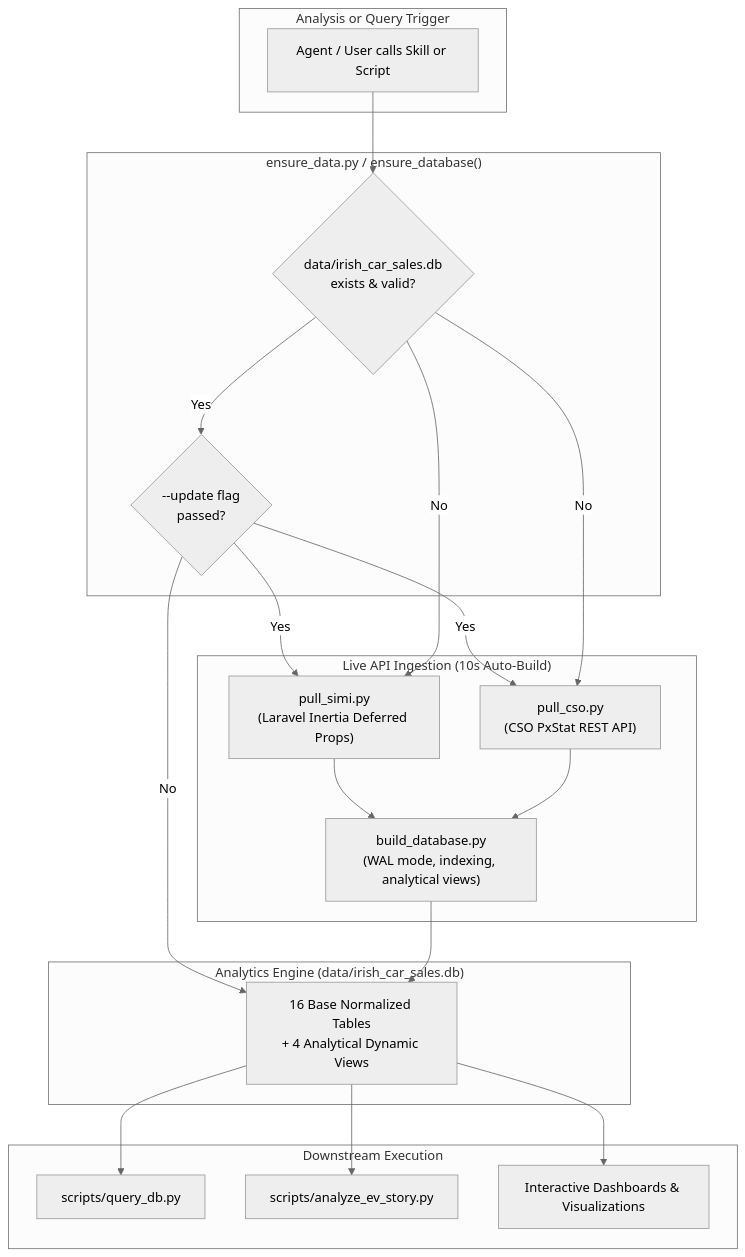
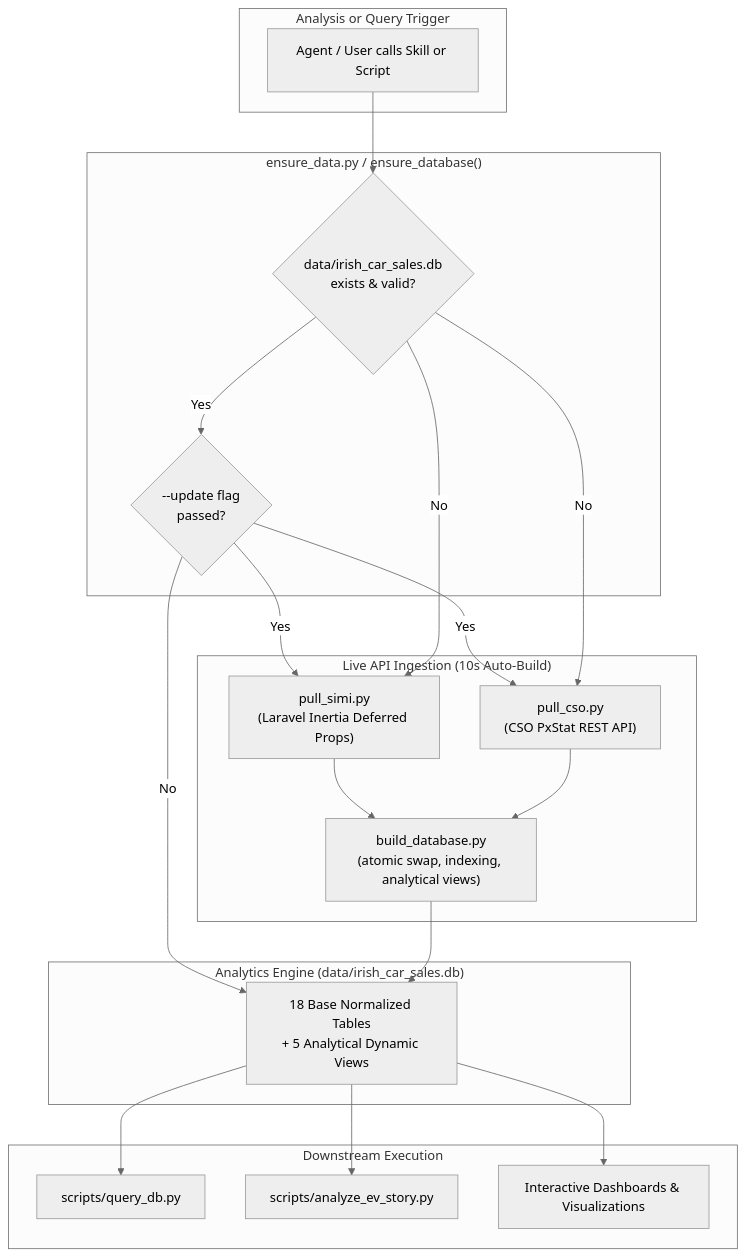
One commit to analyticswithadam/irish-car-sales-data changed the diagram in SKILL.md. Above: the diagram before and after it, drawn with Mermaid (neutral theme). The commit also changed other lines of this file and 8 other files, not shown here.

````diff
--- a/SKILL.md
+++ b/SKILL.md
@@ -33,37 +35,37 @@
 ```mermaid
 flowchart TD
     subgraph Trigger ["Analysis or Query Trigger"]
         A["Agent / User calls Skill or Script"]
     end
 
     subgraph AutoCheck ["ensure_data.py / ensure_database()"]
         Check{"data/irish_car_sales.db<br/>exists & valid?"}
         UpdateCheck{"--update flag<br/>passed?"}
     end
 
     subgraph AutoBuild ["Live API Ingestion (10s Auto-Build)"]
         P_SIMI["pull_simi.py<br/>(Laravel Inertia Deferred Props)"]
         P_CSO["pull_cso.py<br/>(CSO PxStat REST API)"]
-        B_DB["build_database.py<br/>(WAL mode, indexing, analytical views)"]
+        B_DB["build_database.py<br/>(atomic swap, indexing, analytical views)"]
     end
 
     subgraph Analytics ["Analytics Engine (data/irish_car_sales.db)"]
-        DB["16 Base Normalized Tables<br/>+ 4 Analytical Dynamic Views"]
+        DB["18 Base Normalized Tables<br/>+ 5 Analytical Dynamic Views"]
     end
 
     subgraph Execution ["Downstream Execution"]
         Q["scripts/query_db.py"]
         EV["scripts/analyze_ev_story.py"]
         Dash["Interactive Dashboards & Visualizations"]
     end
 
     A --> Check
     Check -- Yes --> UpdateCheck
     UpdateCheck -- No --> DB
     UpdateCheck -- Yes --> P_SIMI & P_CSO
     Check -- No --> P_SIMI & P_CSO
     P_SIMI & P_CSO --> B_DB --> DB
     DB --> Q
     DB --> EV
     DB --> Dash
 ```
````
